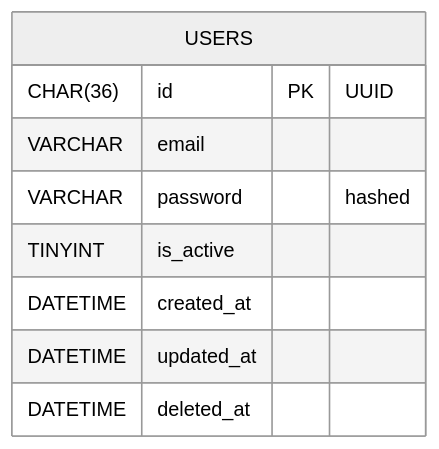
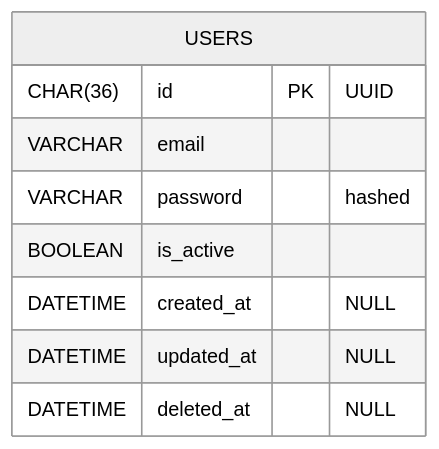
The first of 4 diagrams in README.md (soyjuandelgado/coach-assistant), drawn with Mermaid (neutral theme) before and after one commit. The commit also changed other lines of this file, not shown here.

Commit message:
docs: added process BD diagram and fixed NULL errors. Close #60

````diff
--- a/README.md
+++ b/README.md
@@ -107,12 +107,12 @@
 ```mermaid
 erDiagram
     USERS {
         CHAR(36) id PK "UUID"
         VARCHAR email
         VARCHAR password "hashed"
-        TINYINT is_active
-        DATETIME created_at
-        DATETIME updated_at
-        DATETIME deleted_at
+        BOOLEAN is_active
+        DATETIME created_at "NULL"
+        DATETIME updated_at "NULL"
+        DATETIME deleted_at "NULL"
     }
 ```
````
